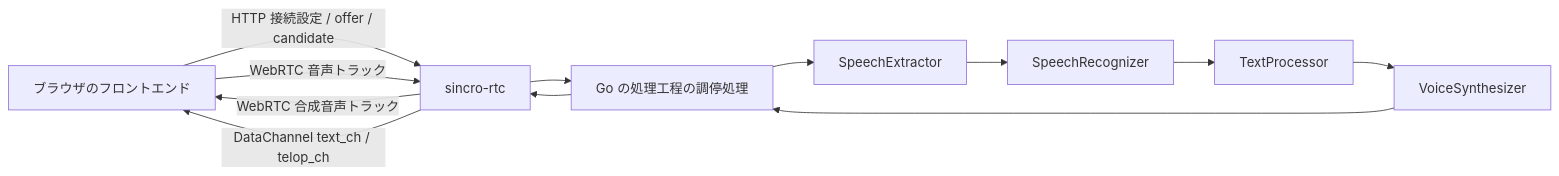
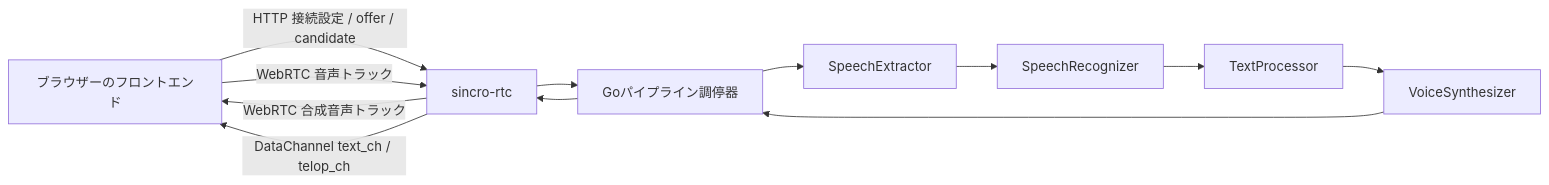
One commit to Sincromisor/Sincromisor changed the diagram in documents/design/architecture/overview.md. Above: the diagram before and after it, drawn with Mermaid. The commit also changed other lines of this file and 4 other files, not shown here.

````diff
--- a/documents/design/architecture/overview.md
+++ b/documents/design/architecture/overview.md
@@ -34,14 +35,14 @@
 ```mermaid
 flowchart LR
-    Browser["ブラウザのフロントエンド"] -->|HTTP 接続設定 / offer / candidate| RTC["sincro-rtc"]
+    Browser["ブラウザーのフロントエンド"] -->|HTTP 接続設定 / offer / candidate| RTC["sincro-rtc"]
     Browser -->|WebRTC 音声トラック| RTC
-    RTC --> Broker["Go の処理工程の調停処理"]
+    RTC --> Broker["Goパイプライン調停器"]
     Broker --> Extractor["SpeechExtractor"]
     Extractor --> Recognizer["SpeechRecognizer"]
     Recognizer --> TextProcessor["TextProcessor"]
     TextProcessor --> Synthesizer["VoiceSynthesizer"]
     Synthesizer --> Broker
     Broker --> RTC
     RTC -->|WebRTC 合成音声トラック| Browser
     RTC -->|DataChannel text_ch / telop_ch| Browser
 ```
````
